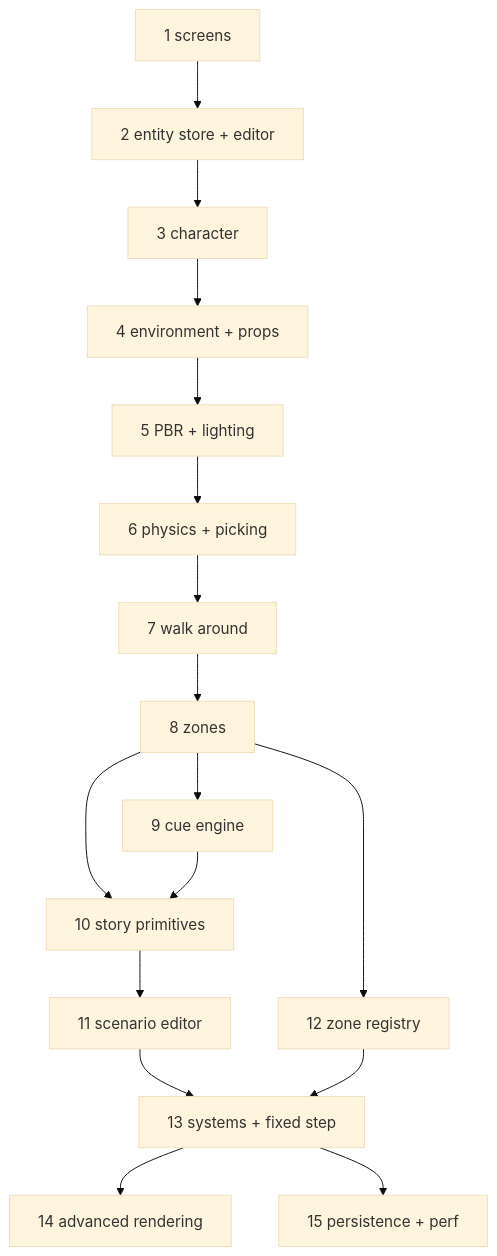
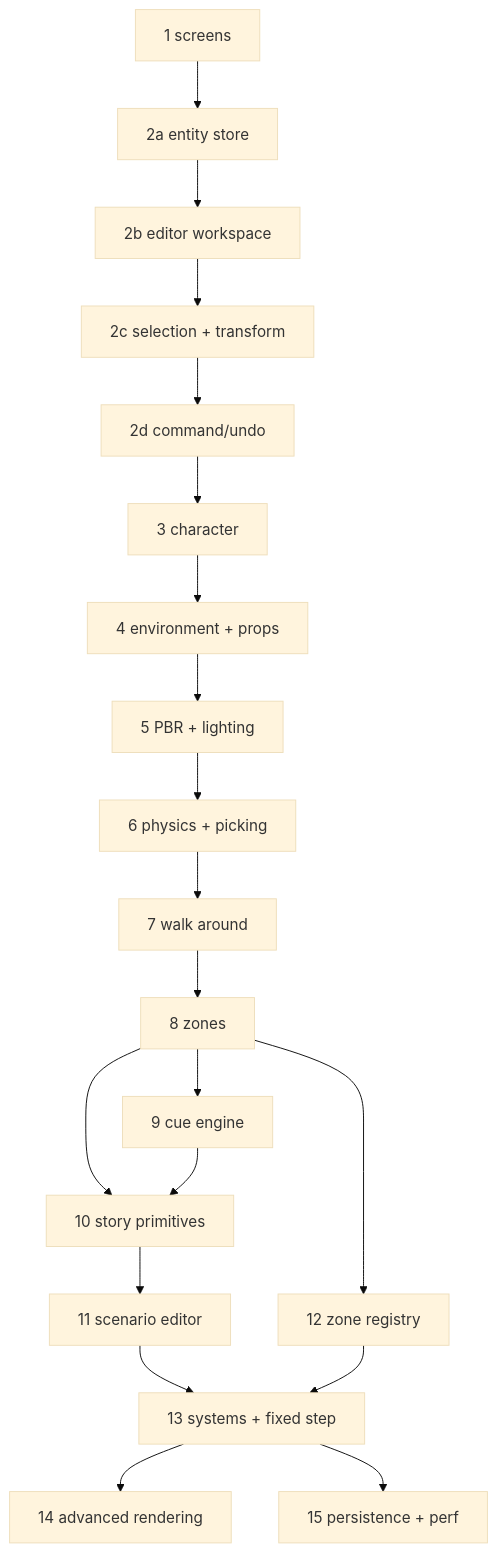
One commit to fswadling/Sugoi changed the diagram in docs/ROADMAP.md. Above: the diagram before and after it, drawn with Mermaid (base theme). The commit also changed other lines of this file and 1 other file, not shown here.

Commit message:
Refine roadmap: split phase 2 into 2a-2d with detailed deliverables

````diff
--- a/docs/ROADMAP.md
+++ b/docs/ROADMAP.md
@@ -83,19 +344,22 @@
 ```mermaid
 graph TD
-    P1[1 screens] --> P2[2 entity store + editor]
-    P2 --> P3[3 character]
+    P1[1 screens] --> P2a[2a entity store]
+    P2a --> P2b[2b editor workspace]
+    P2b --> P2c[2c selection + transform]
+    P2c --> P2d[2d command/undo]
+    P2d --> P3[3 character]
     P3 --> P4[4 environment + props]
     P4 --> P5[5 PBR + lighting]
     P5 --> P6[6 physics + picking]
     P6 --> P7[7 walk around]
     P7 --> P8[8 zones]
     P8 --> P9[9 cue engine]
     P8 --> P10[10 story primitives]
     P9 --> P10
     P10 --> P11[11 scenario editor]
     P8 --> P12[12 zone registry]
     P11 --> P13[13 systems + fixed step]
     P12 --> P13
     P13 --> P14[14 advanced rendering]
     P13 --> P15[15 persistence + perf]
 ```
````
